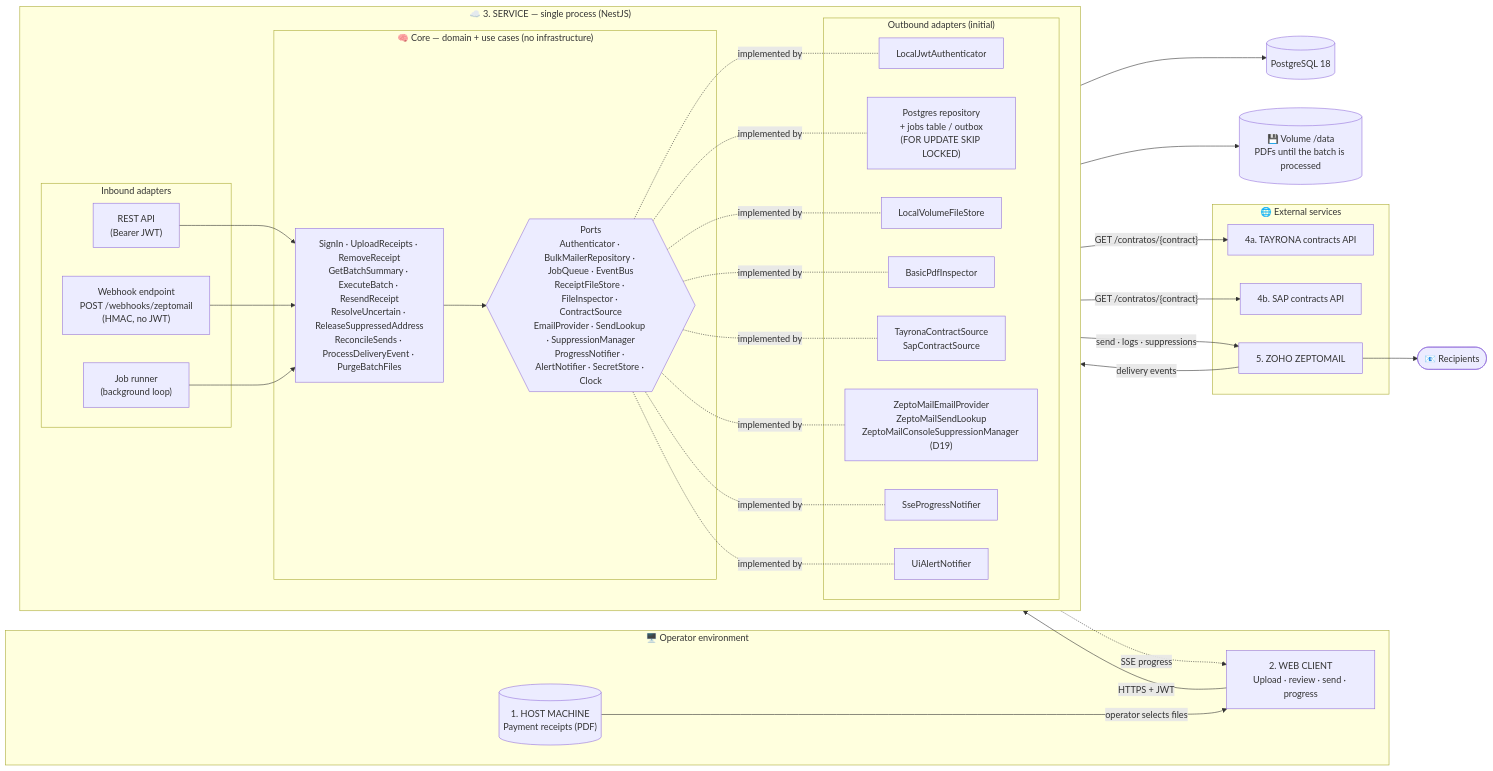
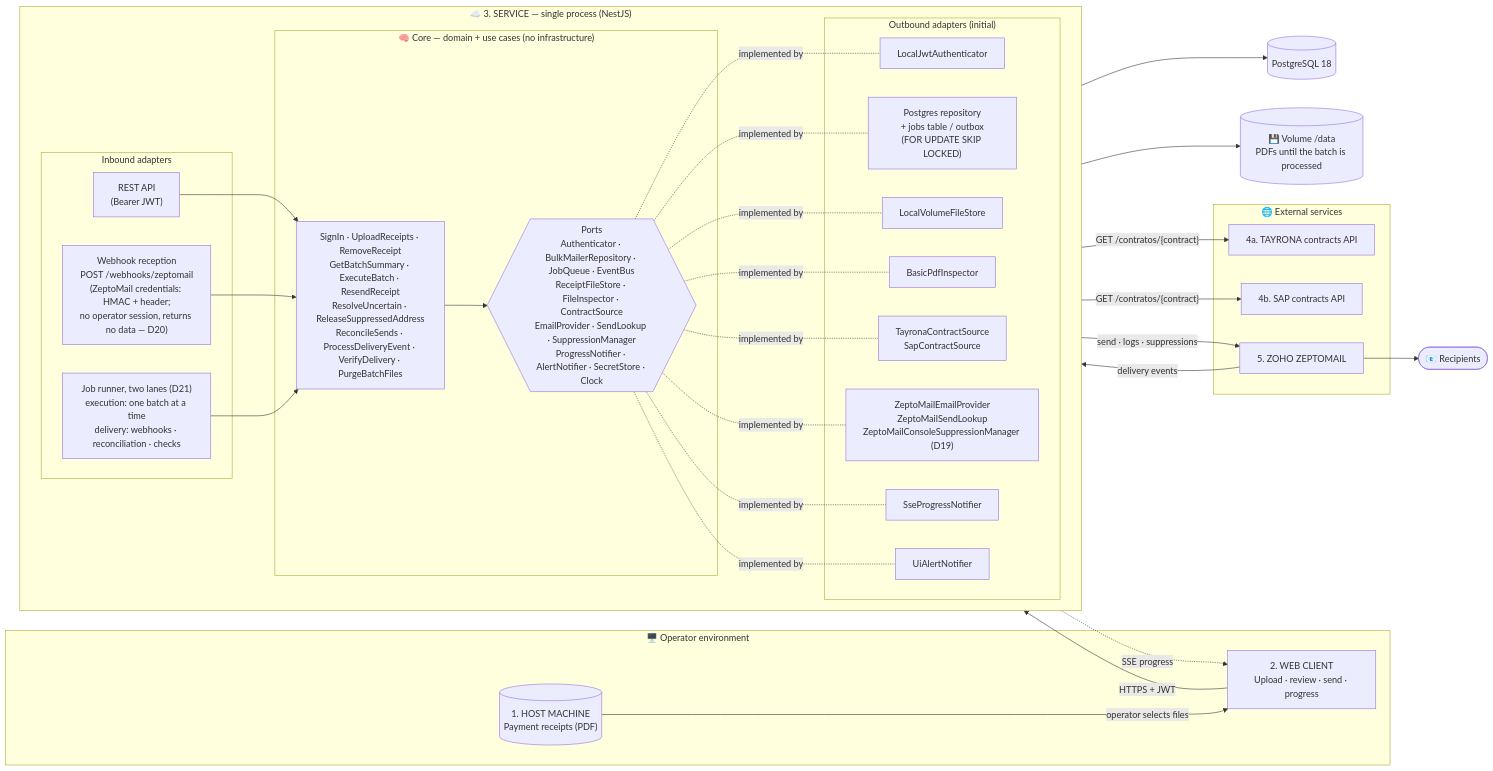
Before and after one commit to Ramioy/bulk-mailer-backend: the first of 6 diagrams in docs/architecture/arquitectura.md, drawn with Mermaid. The commit also changed other lines of this file and 37 other files, not shown here.

First line of the commit message:
Webhook queries with JWT, per-minute delivery check and manual verification (D20-D22)

````diff
--- a/docs/architecture/arquitectura.md
+++ b/docs/architecture/arquitectura.md
@@ -9,54 +9,54 @@
 ```mermaid
 flowchart LR
     subgraph USR["🖥️ Operator environment"]
         HOST[("1. HOST MACHINE<br/>Payment receipts (PDF)")]
         WEB["2. WEB CLIENT<br/>Upload · review · send · progress"]
     end
 
     subgraph SVC["☁️ 3. SERVICE — single process (NestJS)"]
         direction LR
         subgraph IN["Inbound adapters"]
             REST["REST API<br/>(Bearer JWT)"]
-            WH["Webhook endpoint<br/>POST /webhooks/zeptomail<br/>(HMAC, no JWT)"]
-            RUN["Job runner<br/>(background loop)"]
+            WH["Webhook reception<br/>POST /webhooks/zeptomail<br/>(ZeptoMail credentials: HMAC + header;<br/>no operator session, returns no data — D20)"]
+            RUN["Job runner, two lanes (D21)<br/>execution: one batch at a time<br/>delivery: webhooks · reconciliation · checks"]
         end
 
         subgraph CORE["🧠 Core — domain + use cases (no infrastructure)"]
-            UC["SignIn · UploadReceipts · RemoveReceipt<br/>GetBatchSummary · ExecuteBatch · ResendReceipt<br/>ResolveUncertain · ReleaseSuppressedAddress<br/>ReconcileSends · ProcessDeliveryEvent · PurgeBatchFiles"]
+            UC["SignIn · UploadReceipts · RemoveReceipt<br/>GetBatchSummary · ExecuteBatch · ResendReceipt<br/>ResolveUncertain · ReleaseSuppressedAddress<br/>ReconcileSends · ProcessDeliveryEvent · VerifyDelivery · PurgeBatchFiles"]
             PORTS{{"Ports<br/>Authenticator · BulkMailerRepository · JobQueue · EventBus<br/>ReceiptFileStore · FileInspector · ContractSource<br/>EmailProvider · SendLookup · SuppressionManager<br/>ProgressNotifier · AlertNotifier · SecretStore · Clock"}}
         end
 
         subgraph OUT["Outbound adapters (initial)"]
             A_AUTH["LocalJwtAuthenticator"]
             A_PG["Postgres repository<br/>+ jobs table / outbox<br/>(FOR UPDATE SKIP LOCKED)"]
             A_FS["LocalVolumeFileStore"]
             A_INS["BasicPdfInspector"]
             A_SRC["TayronaContractSource<br/>SapContractSource"]
             A_ZM["ZeptoMailEmailProvider<br/>ZeptoMailSendLookup<br/>ZeptoMailConsoleSuppressionManager (D19)"]
             A_SSE["SseProgressNotifier"]
             A_AL["UiAlertNotifier"]
         end
     end
 
     PG[("PostgreSQL 18")]
     VOL[("💾 Volume /data<br/>PDFs until the batch is processed")]
 
     subgraph EXT["🌐 External services"]
         TAY["4a. TAYRONA contracts API"]
         SAP["4b. SAP contracts API"]
         ZM["5. ZOHO ZEPTOMAIL"]
     end
     DEST(["📧 Recipients"])
 
     HOST -- "operator selects files" --> WEB
     WEB -- "HTTPS + JWT" --> REST
     A_SSE -. "SSE progress" .-> WEB
     ZM -- "delivery events" --> WH
     REST & WH & RUN --> UC --> PORTS
     PORTS -.implemented by.- A_AUTH & A_PG & A_FS & A_INS & A_SRC & A_ZM & A_SSE & A_AL
     A_PG --> PG
     A_FS --> VOL
     A_SRC -- "GET /contratos/{contract}" --> TAY & SAP
     A_ZM -- "send · logs · suppressions" --> ZM
     ZM --> DEST
 ```
````
